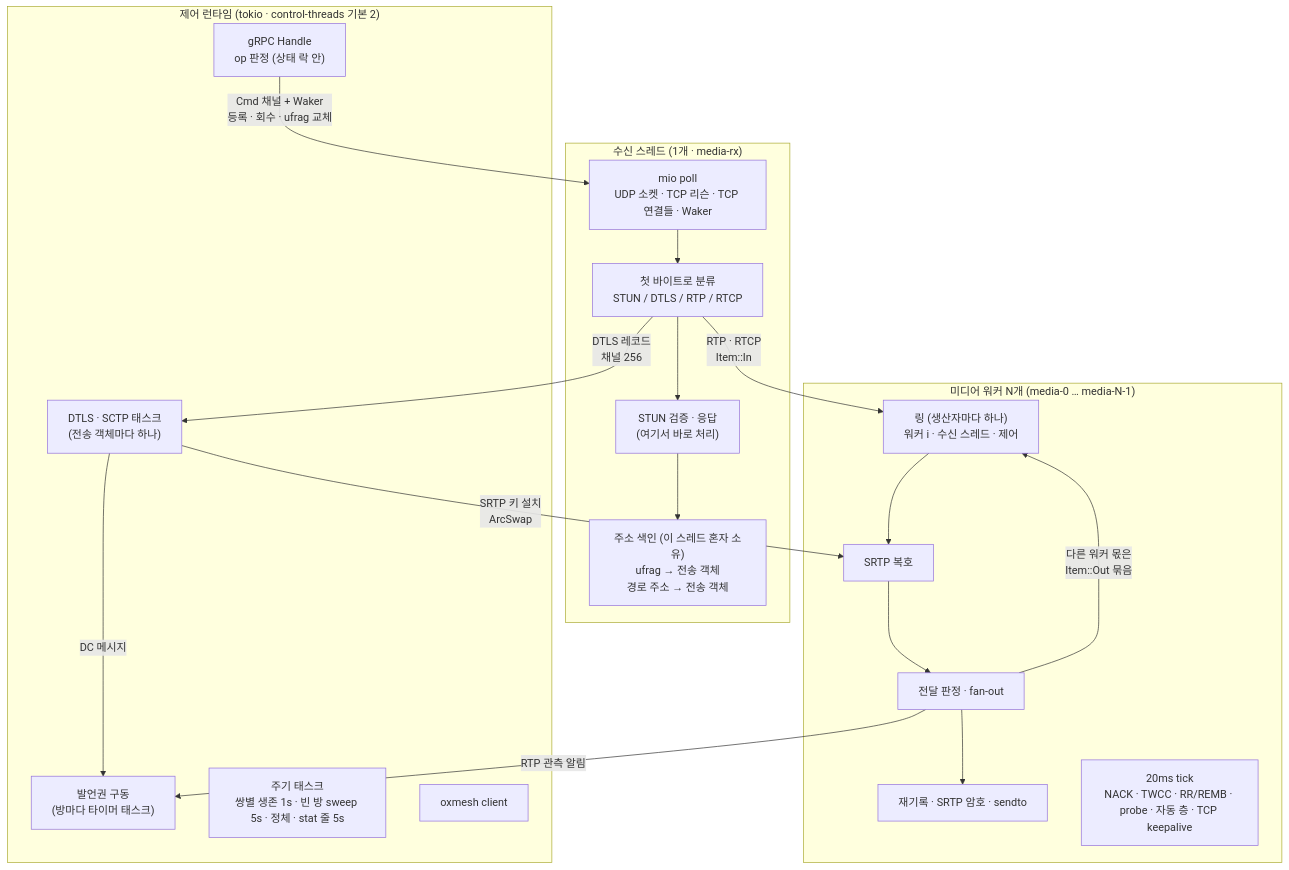
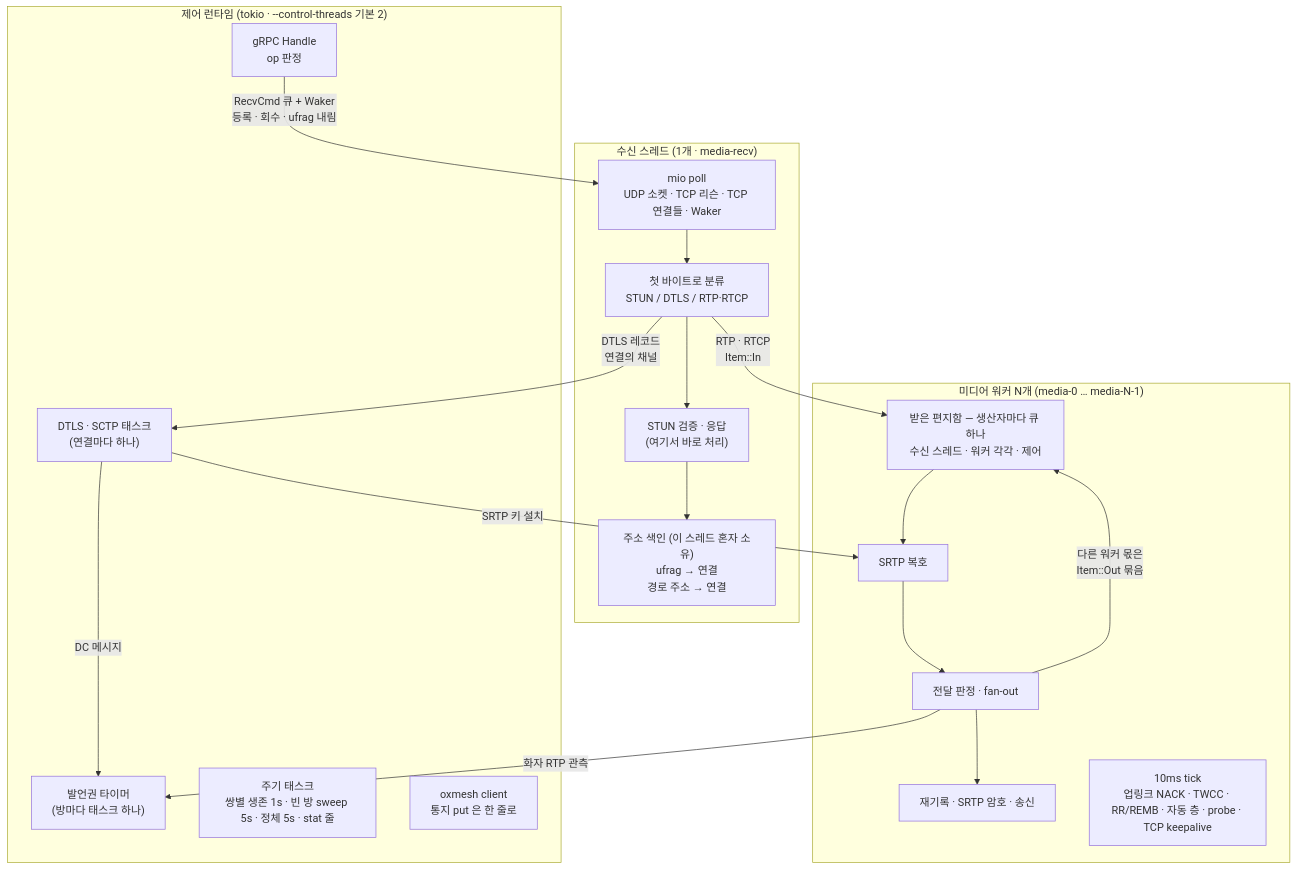
The second of 9 diagrams in docs/architecture.md (kodeholic9/oxlens-sfu), drawn with Mermaid before and after one commit. The commit also changed other lines of this file and 16 other files, not shown here.

First line of the commit message:
공개 문서 현행화 — 연동규격서 공개본 따라잡기(v1.4 이후) · 학습 문서(docs/learn) 신설 · 서버 형상(architecture.md) 40c5ce0 기준 다시 씀 · README 문서 표

````diff
--- a/docs/architecture.md
+++ b/docs/architecture.md
@@ -90,37 +95,37 @@
 ```mermaid
 flowchart TB
-    subgraph RX["수신 스레드 (1개 · media-rx)"]
+    subgraph RX["수신 스레드 (1개 · media-recv)"]
         POLL["mio poll<br/>UDP 소켓 · TCP 리슨 · TCP 연결들 · Waker"]
-        DEMUX["첫 바이트로 분류<br/>STUN / DTLS / RTP / RTCP"]
+        DEMUX["첫 바이트로 분류<br/>STUN / DTLS / RTP·RTCP"]
         STUN["STUN 검증 · 응답<br/>(여기서 바로 처리)"]
-        IDX["주소 색인 (이 스레드 혼자 소유)<br/>ufrag → 전송 객체<br/>경로 주소 → 전송 객체"]
+        IDX["주소 색인 (이 스레드 혼자 소유)<br/>ufrag → 연결<br/>경로 주소 → 연결"]
     end
 
     subgraph WK["미디어 워커 N개 (media-0 … media-N-1)"]
-        RING["링 (생산자마다 하나)<br/>워커 i · 수신 스레드 · 제어"]
+        RING["받은 편지함 — 생산자마다 큐 하나<br/>수신 스레드 · 워커 각각 · 제어"]
         DEC["SRTP 복호"]
         FWD["전달 판정 · fan-out"]
-        ENC["재기록 · SRTP 암호 · sendto"]
-        TICK["20ms tick<br/>NACK · TWCC · RR/REMB · probe · 자동 층 · TCP keepalive"]
+        ENC["재기록 · SRTP 암호 · 송신"]
+        TICK["10ms tick<br/>업링크 NACK · TWCC · RR/REMB · 자동 층 · probe · TCP keepalive"]
     end
 
-    subgraph CT["제어 런타임 (tokio · control-threads 기본 2)"]
-        G["gRPC Handle<br/>op 판정 (상태 락 안)"]
-        DT["DTLS · SCTP 태스크<br/>(전송 객체마다 하나)"]
-        FL["발언권 구동<br/>(방마다 타이머 태스크)"]
-        TM["주기 태스크<br/>쌍별 생존 1s · 빈 방 sweep 5s · 정체 · stat 줄 5s"]
-        BUS["oxmesh client"]
+    subgraph CT["제어 런타임 (tokio · --control-threads 기본 2)"]
+        G["gRPC Handle<br/>op 판정"]
+        DT["DTLS · SCTP 태스크<br/>(연결마다 하나)"]
+        FL["발언권 타이머<br/>(방마다 태스크 하나)"]
+        TM["주기 태스크<br/>쌍별 생존 1s · 빈 방 sweep 5s · 정체 5s · stat 줄"]
+        BUS["oxmesh client<br/>통지 put 은 한 줄로"]
     end
 
     POLL --> DEMUX
     DEMUX --> STUN
     STUN --> IDX
     DEMUX -->|"RTP · RTCP<br/>Item::In"| RING
-    DEMUX -->|"DTLS 레코드<br/>채널 256"| DT
+    DEMUX -->|"DTLS 레코드<br/>연결의 채널"| DT
     RING --> DEC --> FWD --> ENC
     FWD -->|"다른 워커 몫은<br/>Item::Out 묶음"| RING
-    G -->|"Cmd 채널 + Waker<br/>등록 · 회수 · ufrag 교체"| POLL
-    DT -->|"SRTP 키 설치<br/>ArcSwap"| DEC
+    G -->|"RecvCmd 큐 + Waker<br/>등록 · 회수 · ufrag 내림"| POLL
+    DT -->|"SRTP 키 설치"| DEC
     DT -->|"DC 메시지"| FL
-    FWD -->|"RTP 관측 알림"| FL
+    FWD -->|"화자 RTP 관측"| FL
 ```
````
